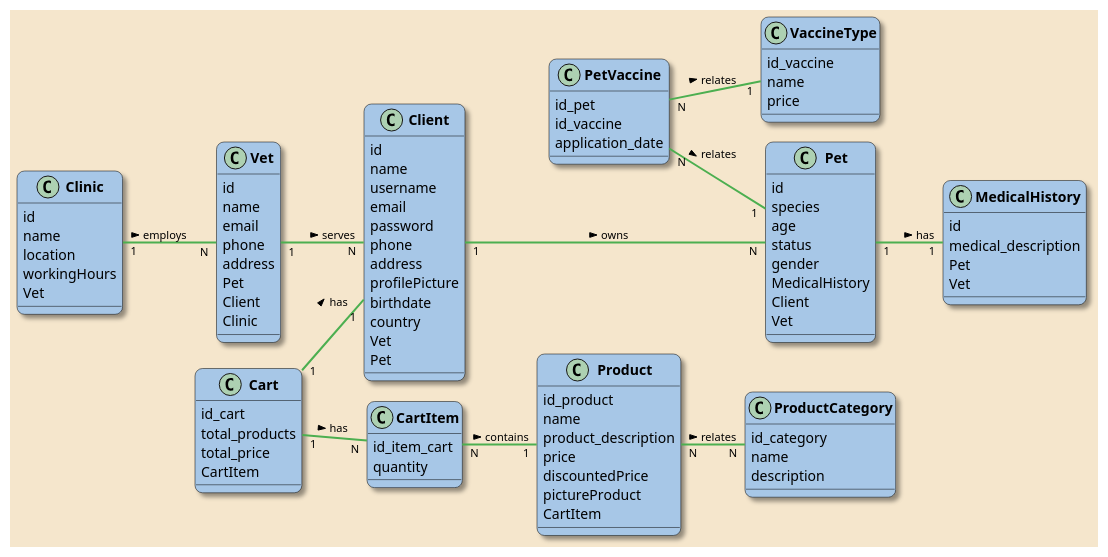
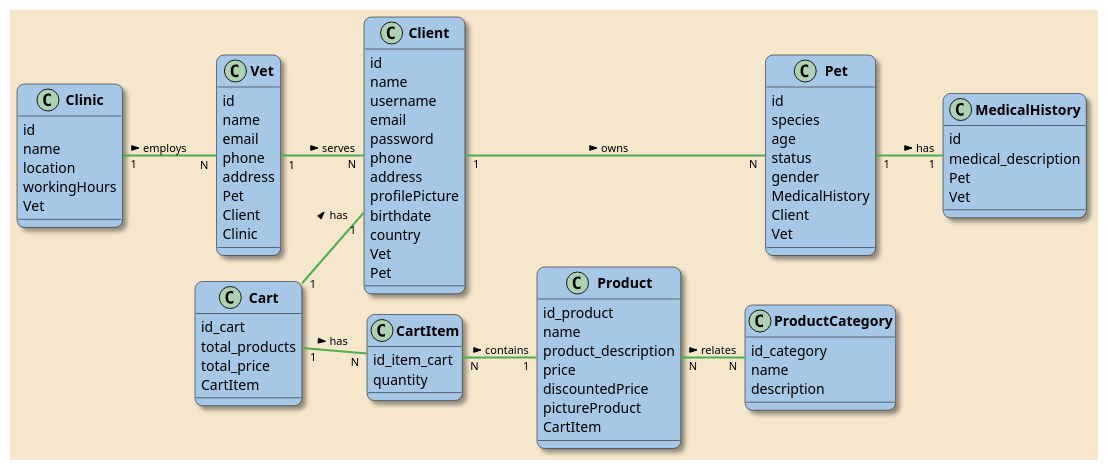
Before and after one commit to Vet-and-Go/tienda-back: the diagram in VetAndGo/src/public/diagram.puml, drawn with PlantUML.

Commit message:
docs(#3):Update Docs

```diff
--- a/VetAndGo/src/public/diagram.puml
+++ b/VetAndGo/src/public/diagram.puml
@@ -1,136 +1,123 @@
 @startuml
 'Direccion of the diagram'
 left to right direction
 'Used style'
 skinparam backgroundColor #F5E6CC
 'Classes'
 skinparam classBackgroundColor #A7C7E7
 skinparam classBorderColor #000000
 skinparam shadowing true
 skinparam roundcorner 15
 'Titles'
 skinparam classFontColor #000000
 skinparam classFontStyle bold
 'Relationships'
 skinparam classArrowColor #4CAF50
 skinparam classArrowThickness 2
 skinparam classArrowFontColor black
 skinparam classArrowFontSize 11
 skinparam nodesep 20
 skinparam ranksep 5
 
 
 
 
 ' Entities'
 class Client{
     id
     name
     username
     email
     password
     phone
     address
     profilePicture
     birthdate
     country
     Vet
     Pet
 
 }
 
 class Pet {
     id
     species
     age
     status
     gender
     MedicalHistory
     Client
     Vet
 }
 
 class MedicalHistory{
     id
     medical_description
     Pet
     Vet
 }
 
 class Vet {
     id
     name
     email
     phone
     address
     Pet
     Client
     Clinic
 }
 
-class VaccineType{
-    id_vaccine
-    name
-    price
-}
-
-class PetVaccine{
-    id_pet
-    id_vaccine
-    application_date
-}
-
 class Clinic {
     id
     name
     location
     workingHours
     Vet
 }
 
 class Cart{
     id_cart
     total_products
     total_price
     CartItem
 }
 
 class CartItem{
     id_item_cart
     quantity
 }
 
 class Product{
     id_product
     name
     product_description
     price
     discountedPrice
     pictureProduct
     CartItem
 }
 
 class ProductCategory{
     id_category
     name
     description
 }
 
 
 'Relationships'
 Client "1" --- "N" Pet : owns >
 Pet "1" -- "1" MedicalHistory : has >
 Vet "1" -- "N" Client : serves >
 Clinic "1" -- "N" Vet : employs >
 Cart "1" -- "N" CartItem : has >
 CartItem "N" -- "1" Product : contains >
-PetVaccine "N" -- "1" Pet : relates >
-PetVaccine "N" -- "1" VaccineType : relates >
+
 Cart "1" -- "1" Client : has >
 Product "N" -- "N" ProductCategory : relates >
 
 
 
 
 
 @enduml
```
